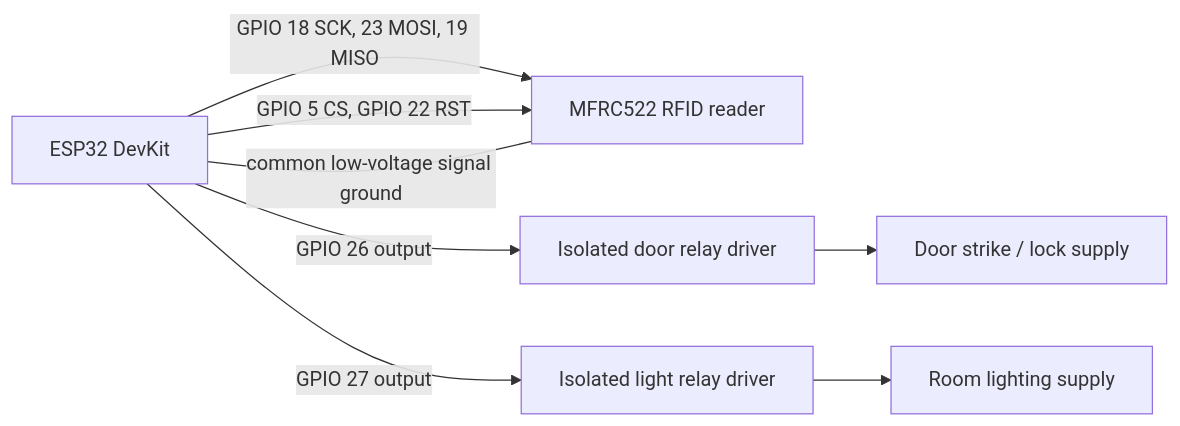
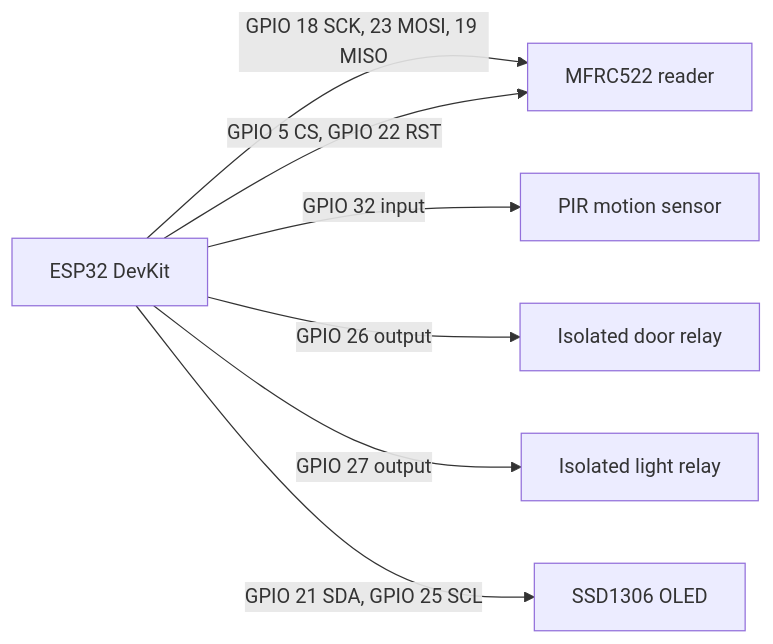
Before and after one commit to helen-liz/COCIS-SMART-SYSTEM: the fifth of 7 diagrams in docs/system-diagrams.md, drawn with Mermaid. The commit also changed other lines of this file and 20 other files, not shown here.

````diff
--- a/docs/system-diagrams.md
+++ b/docs/system-diagrams.md
@@ -71,16 +184,15 @@
 ```mermaid
 flowchart LR
     ESP32[ESP32 DevKit]
-    RFID[MFRC522 RFID reader]
-    DOOR[Isolated door relay driver]
-    LIGHT[Isolated light relay driver]
-    STRIKE[Door strike / lock supply]
-    LAMP[Room lighting supply]
+    RFID[MFRC522 reader]
+    PIR[PIR motion sensor]
+    DOOR[Isolated door relay]
+    LIGHT[Isolated light relay]
+    OLED[SSD1306 OLED]
     ESP32 -->|GPIO 18 SCK, 23 MOSI, 19 MISO| RFID
     ESP32 -->|GPIO 5 CS, GPIO 22 RST| RFID
+    ESP32 -->|GPIO 32 input| PIR
     ESP32 -->|GPIO 26 output| DOOR
-    DOOR --> STRIKE
     ESP32 -->|GPIO 27 output| LIGHT
-    LIGHT --> LAMP
-    ESP32 ---|common low-voltage signal ground| RFID
+    ESP32 -->|GPIO 21 SDA, GPIO 25 SCL| OLED
 ```
````
